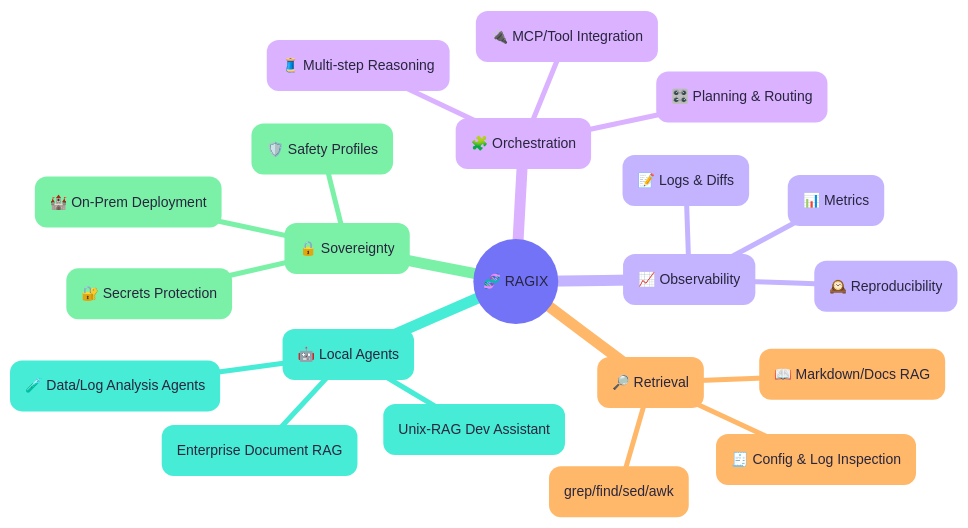
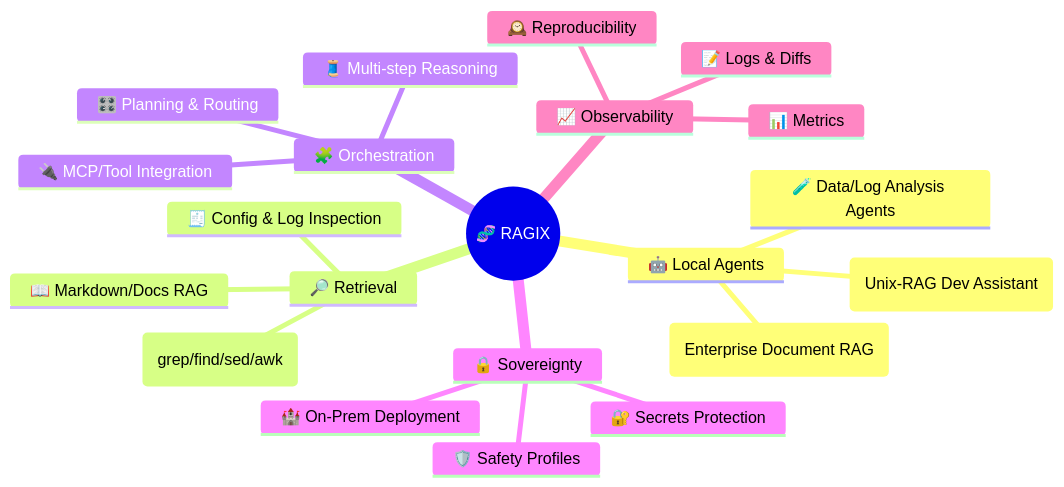
Before and after one commit to ovitrac/RAGIX: the first of 2 diagrams in README.md, drawn with Mermaid. The commit also changed other lines of this file, not shown here.

````diff
--- a/README.md
+++ b/README.md
@@ -106,28 +106,24 @@
 ```mermaid
----
-config:
-  theme: redux-color
----
 mindmap
   root((🧬 RAGIX))
     🤖 Local Agents
       💻 RAGIX (Unix-RAG Dev Assistant)
       📚 RAGGAE (Enterprise Document RAG)
       🧪 Data/Log Analysis Agents
     🔎 Retrieval
       🐚 Unix-RAG (grep/find/sed/awk)
       📖 Markdown/Docs RAG
       🧾 Config & Log Inspection
     🧩 Orchestration
       🎛️ Planning & Routing
       🔌 MCP/Tool Integration
       🧵 Multi-step Reasoning
     🔒 Sovereignty
       🏰 On-Prem Deployment
       🔐 Secrets Protection
       🛡️ Safety Profiles
     📈 Observability
       📝 Logs & Diffs
       🕰️ Reproducibility
       📊 Metrics
 ```
````
